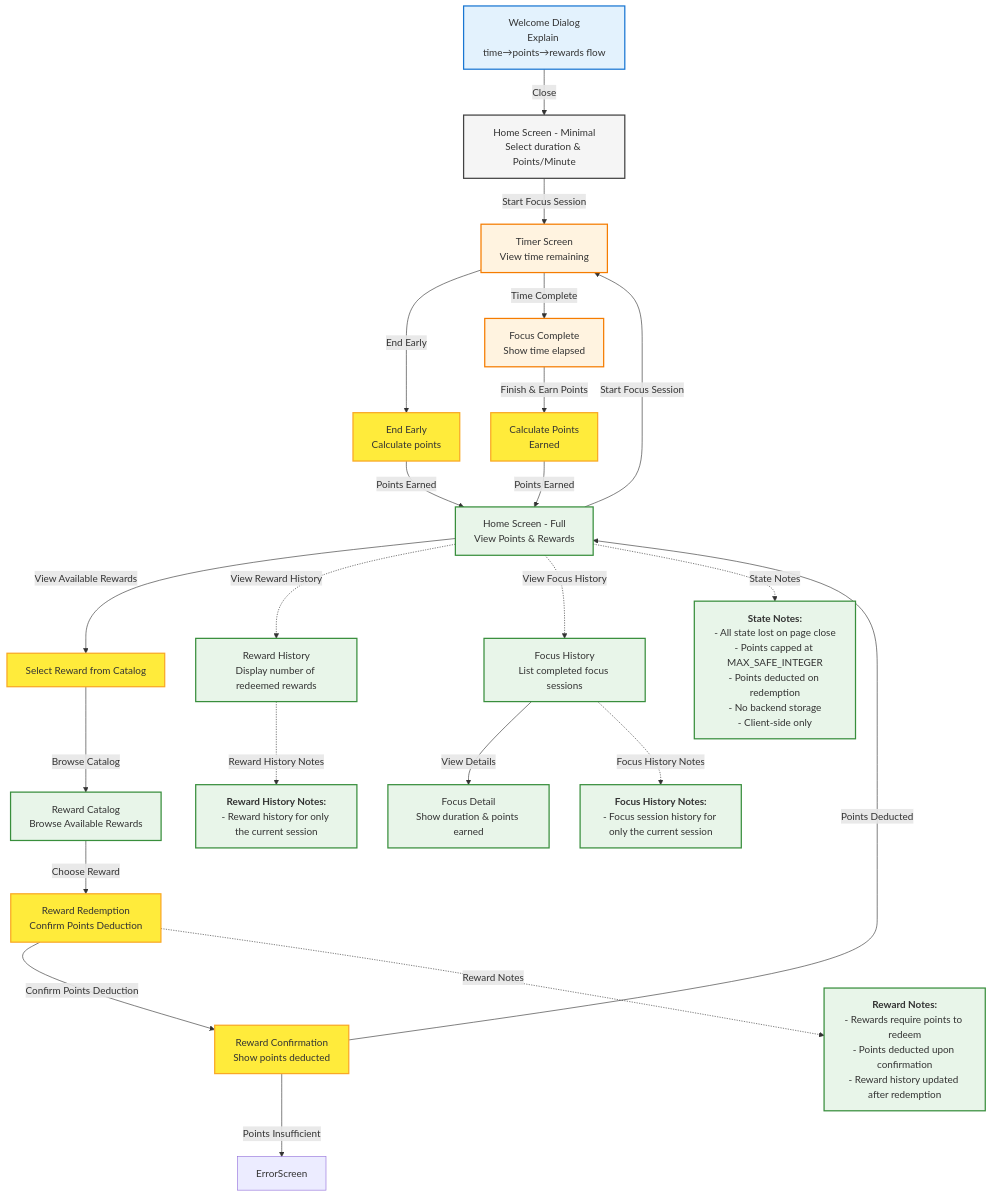
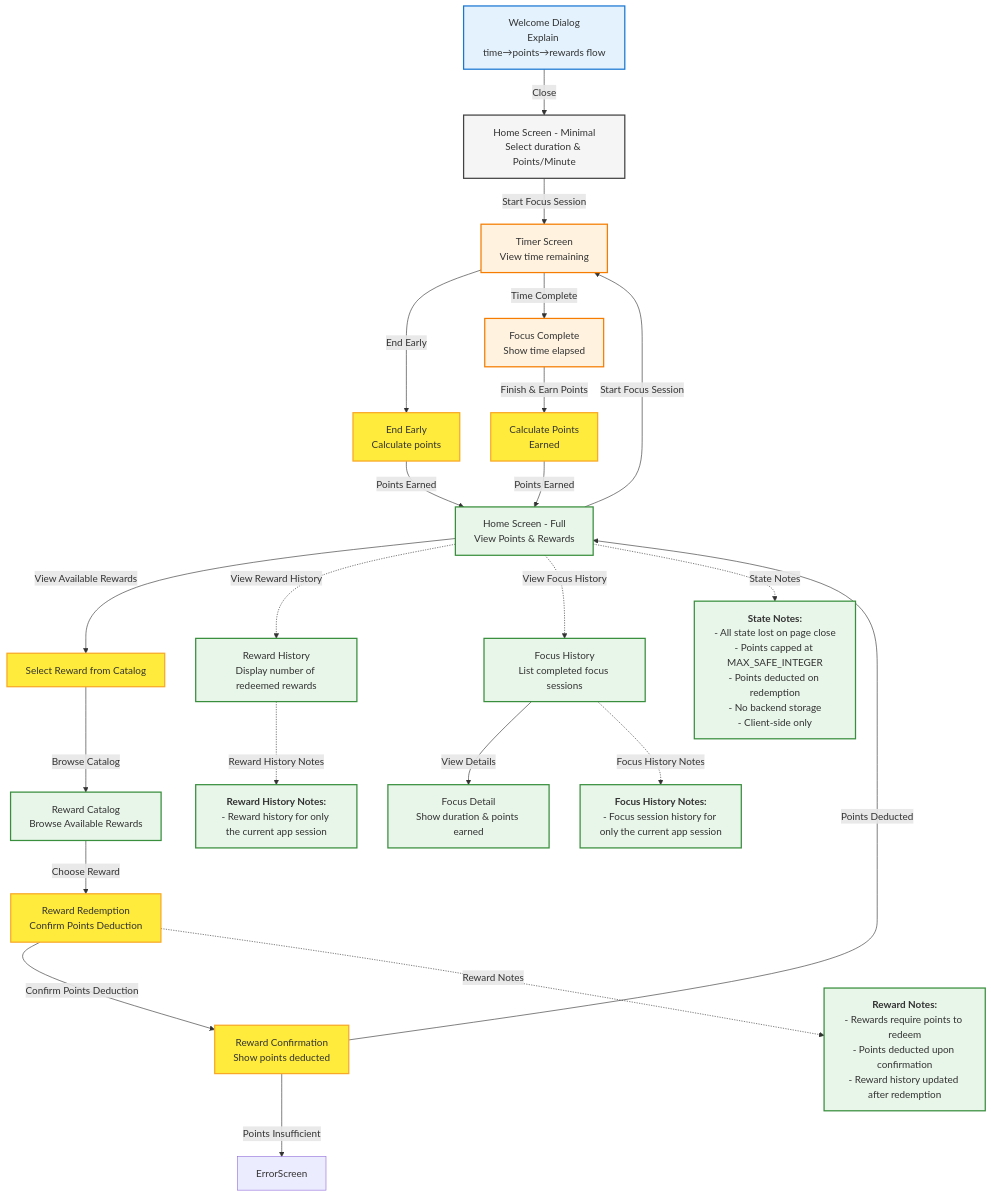
Before and after one commit to michellekli/PomoExchange: the diagram in design.md, drawn with Mermaid. The commit also changed other lines of this file, not shown here.

Commit message:
Clarify current app session terminology

````diff
--- a/design.md
+++ b/design.md
@@ -62,80 +62,80 @@
 ```mermaid
 flowchart TD
    %% Define styles
    classDef welcome fill:#e3f2fd,stroke:#1976d2,stroke-width:2px
    classDef homeMinimal fill:#f5f5f5,stroke:#424242,stroke-width:2px
    classDef timer fill:#fff3e0,stroke:#f57c00,stroke-width:2px
    classDef homeFull fill:#e8f5e9,stroke:#388e3c,stroke-width:2px
    classDef action fill:#ffeb3b,stroke:#f9a825,stroke-width:2px
 
    %% Welcome Dialog
    Welcome[Welcome Dialog<br/>Explain time→points→rewards flow]:::welcome
    Welcome -->|Close| HomeMinimal
 
    %% Home Screen - Minimal
    HomeMinimal[Home Screen - Minimal<br/>Select duration & Points/Minute]:::homeMinimal
    HomeMinimal -->|Start Focus Session| Timer
 
    %% Timer Screen
    Timer[Timer Screen<br/>View time remaining]:::timer
    Timer -->|End Early| EndEarly
    Timer -->|Time Complete| Complete
 
    %% End Early Path
    EndEarly[End Early<br/>Calculate points]:::action
    EndEarly -->|Points Earned| HomeFull
 
    %% Complete Path
    Complete[Focus Complete<br/>Show time elapsed]:::timer
    Complete -->|Finish & Earn Points| EarnPoints
 
    %% Earn Points Path
    EarnPoints[Calculate Points<br/>Earned]:::action
    EarnPoints -->|Points Earned| HomeFull
 
    %% Home Screen - Full
    HomeFull[Home Screen - Full<br/>View Points & Rewards]:::homeFull
    HomeFull -->|Start Focus Session| Timer
    HomeFull -->|View Available Rewards| RewardSelection
 
    %% Reward Selection Path
    RewardSelection[Select Reward from Catalog]:::action
    RewardSelection -->|Browse Catalog| RewardCatalog
 
    %% Reward Catalog
    RewardCatalog[Reward Catalog<br/>Browse Available Rewards]:::homeFull
    RewardCatalog -->|Choose Reward| RewardRedemption
 
    %% Reward Redemption Path
    RewardRedemption[Reward Redemption<br/>Confirm Points Deduction]:::action
    RewardRedemption -->|Confirm Points Deduction| RewardConfirmation
 
    %% Reward Confirmation Path
    RewardConfirmation[Reward Confirmation<br/>Show points deducted]:::action
    RewardConfirmation -->|Points Insufficient| ErrorScreen
    RewardConfirmation -->|Points Deducted| HomeFull
 
    %% Reward History
    HomeFull -.->|View Reward History| RewardHistory
    HomeFull -.->|View Focus History| FocusHistory
 
    %% Reward History
    RewardHistory[Reward History<br/>Display number of redeemed rewards]:::homeFull
 
    %% Focus History
    FocusHistory[Focus History<br/>List completed focus sessions]:::homeFull
    FocusHistory -->|View Details| FocusDetail
    FocusDetail[Focus Detail<br/>Show duration & points earned]:::homeFull
 
    %% State Notes
    note1[<b>State Notes:</b><br/>- All state lost on page close<br/>- Points capped at MAX_SAFE_INTEGER<br/>- Points deducted on redemption<br/>- No backend storage<br/>- Client-side only]:::homeFull
    note2[<b>Reward Notes:</b><br/>- Rewards require points to redeem<br/>- Points deducted upon confirmation<br/>- Reward history updated after redemption]:::homeFull
-   note3[<b>Reward History Notes:</b><br/>- Reward history for only the current session]:::homeFull
-   note4[<b>Focus History Notes:</b><br/>- Focus session history for only the current session]:::homeFull
+   note3[<b>Reward History Notes:</b><br/>- Reward history for only the current app session]:::homeFull
+   note4[<b>Focus History Notes:</b><br/>- Focus session history for only the current app session]:::homeFull
 
    %% Connect notes
    HomeFull -.->|State Notes| note1
    RewardRedemption -.->|Reward Notes| note2
    RewardHistory -.->|Reward History Notes| note3
    FocusHistory -.->|Focus History Notes| note4
 ```
````
